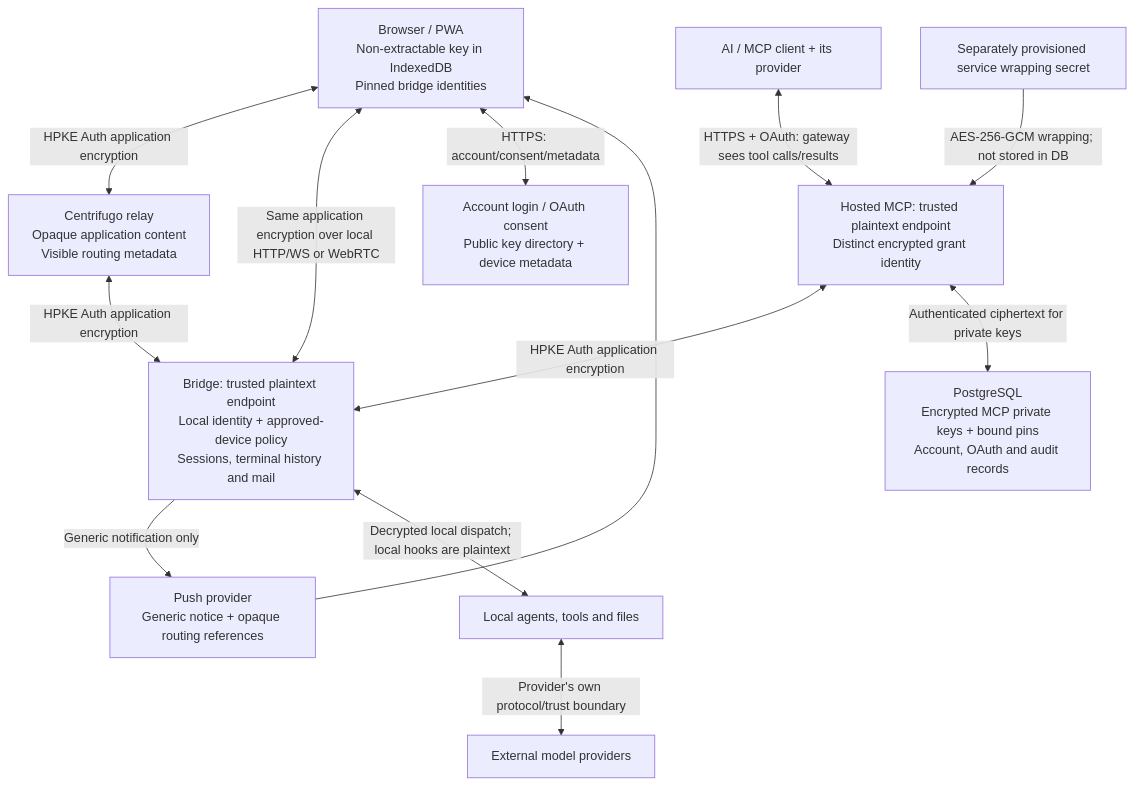
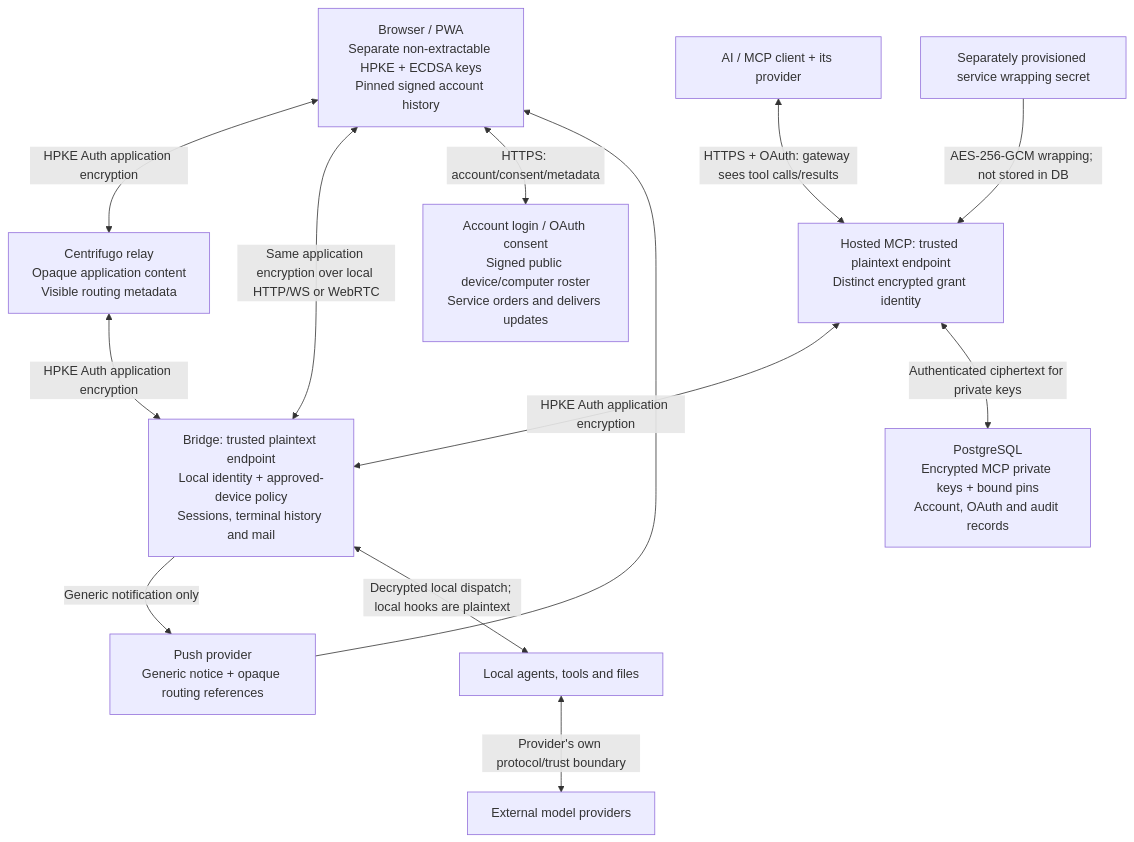
The diagram in README.md (fmktech/ftown), drawn with Mermaid before and after one commit. The commit also changed other lines of this file and 94 other files, not shown here.

````diff
--- a/README.md
+++ b/README.md
@@ -17,26 +17,26 @@
 ```mermaid
 flowchart TB
-  Browser["Browser / PWA<br/>Non-extractable key in IndexedDB<br/>Pinned bridge identities"]
+  Browser["Browser / PWA<br/>Separate non-extractable HPKE + ECDSA keys<br/>Pinned signed account history"]
   Relay["Centrifugo relay<br/>Opaque application content<br/>Visible routing metadata"]
   Bridge["Bridge: trusted plaintext endpoint<br/>Local identity + approved-device policy<br/>Sessions, terminal history and mail"]
   Client["AI / MCP client + its provider"]
   Gateway["Hosted MCP: trusted plaintext endpoint<br/>Distinct encrypted grant identity"]
   Database["PostgreSQL<br/>Encrypted MCP private keys + bound pins<br/>Account, OAuth and audit records"]
   Secret["Separately provisioned service wrapping secret"]
-  Account["Account login / OAuth consent<br/>Public key directory + device metadata"]
+  Account["Account login / OAuth consent<br/>Signed public device/computer roster<br/>Service orders and delivers updates"]
   Push["Push provider<br/>Generic notice + opaque routing references"]
   Agent["Local agents, tools and files"]
   Provider["External model providers"]
   Browser <-->|"HPKE Auth application encryption"| Relay
   Relay <-->|"HPKE Auth application encryption"| Bridge
   Browser <-->|"Same application encryption over local HTTP/WS or WebRTC"| Bridge
   Client <-->|"HTTPS + OAuth: gateway sees tool calls/results"| Gateway
   Gateway <-->|"HPKE Auth application encryption"| Bridge
   Gateway <-->|"Authenticated ciphertext for private keys"| Database
   Secret -->|"AES-256-GCM wrapping; not stored in DB"| Gateway
   Browser <-->|"HTTPS: account/consent/metadata"| Account
   Bridge -->|"Generic notification only"| Push
   Push --> Browser
   Bridge <-->|"Decrypted local dispatch; local hooks are plaintext"| Agent
   Agent <-->|"Provider's own protocol/trust boundary"| Provider
 ```
````
